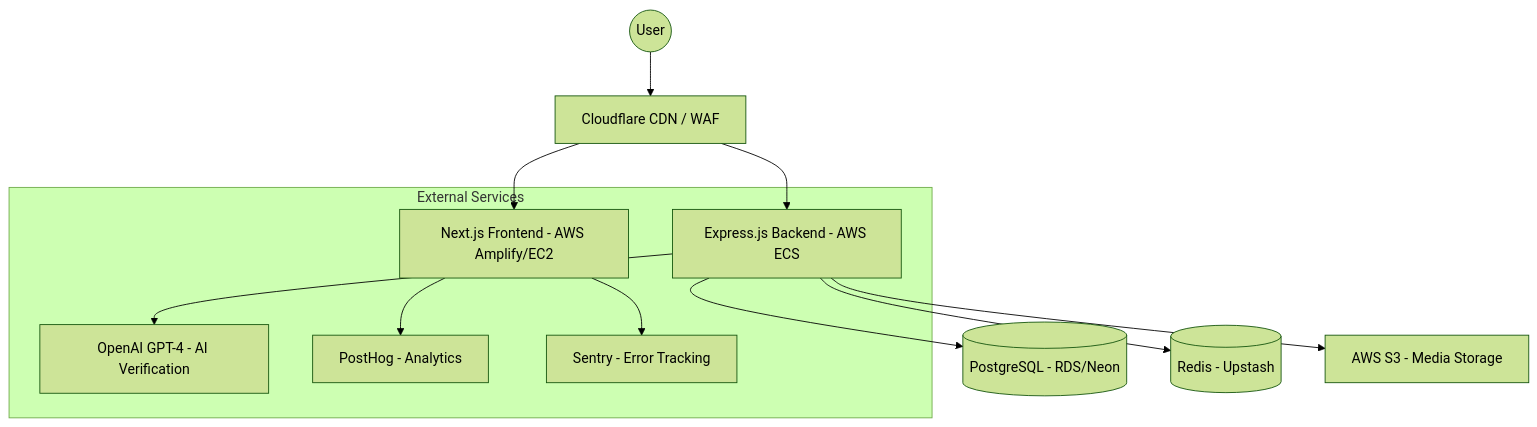
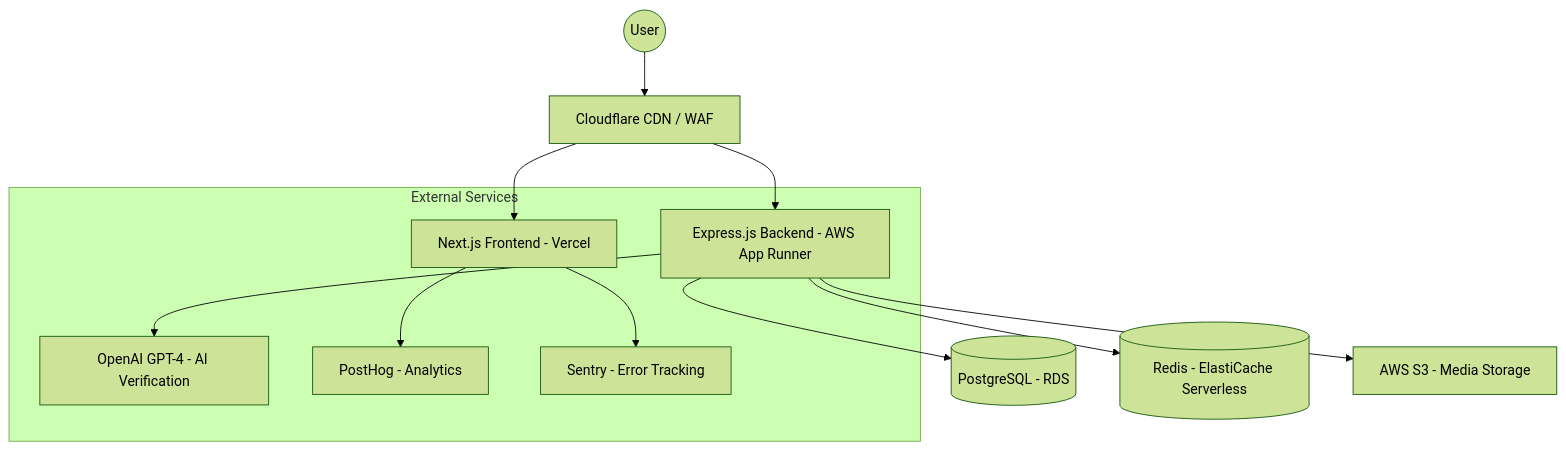
Before and after one commit to farrokh/daadaar: the diagram in docs/architecture/README.md, drawn with Mermaid (forest theme). The commit also changed other lines of this file and 37 other files, not shown here.

Commit message:
feat: update deployment setup, migrations, and graph UI

````diff
--- a/docs/architecture/README.md
+++ b/docs/architecture/README.md
@@ -46,16 +46,16 @@
 ```mermaid
 graph TD
     User((User)) --> CF[Cloudflare CDN / WAF]
-    CF --> Next[Next.js Frontend - AWS Amplify/EC2]
-    CF --> API[Express.js Backend - AWS ECS]
+    CF --> Next[Next.js Frontend - Vercel]
+    CF --> API[Express.js Backend - AWS App Runner]
     
-    API --> DB[(PostgreSQL - RDS/Neon)]
-    API --> Cache[(Redis - Upstash)]
+    API --> DB[(PostgreSQL - RDS)]
+    API --> Cache[(Redis - ElastiCache Serverless)]
     API --> S3[AWS S3 - Media Storage]
     
     subgraph "External Services"
         API --> OpenAI[OpenAI GPT-4 - AI Verification]
         Next --> PostHog[PostHog - Analytics]
         Next --> Sentry[Sentry - Error Tracking]
     end
 ```
````
